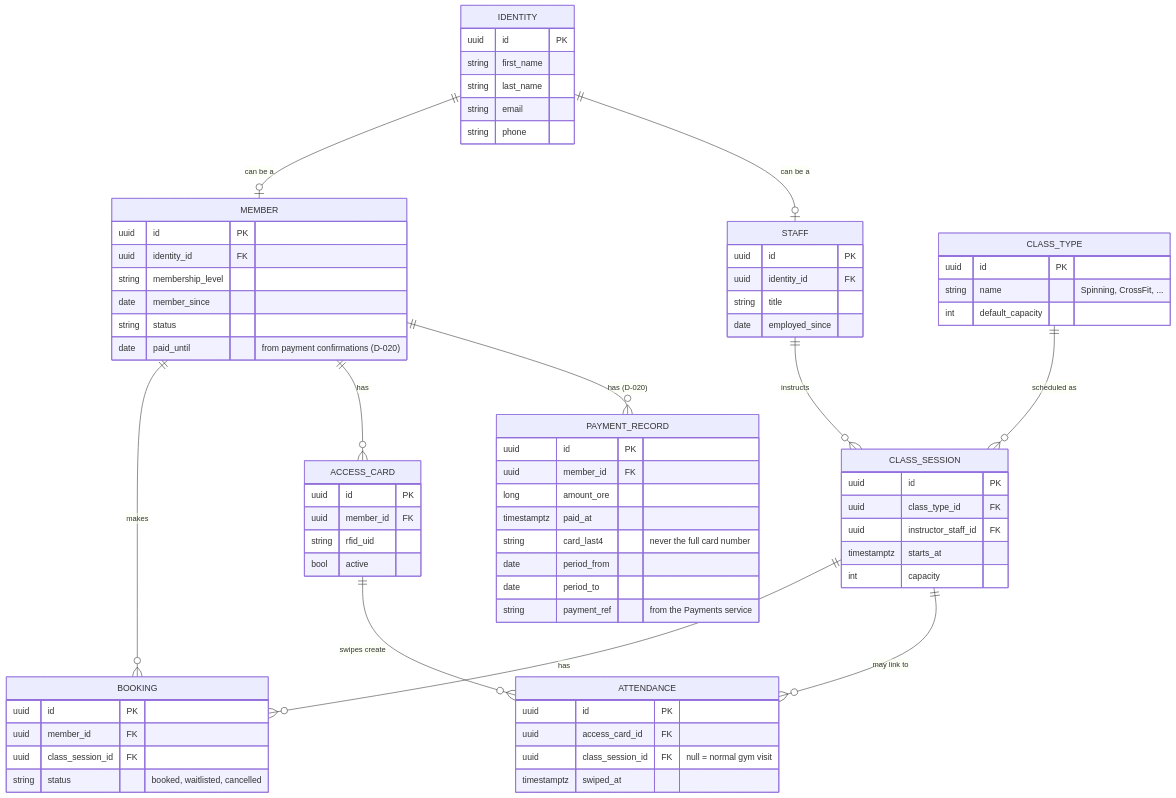
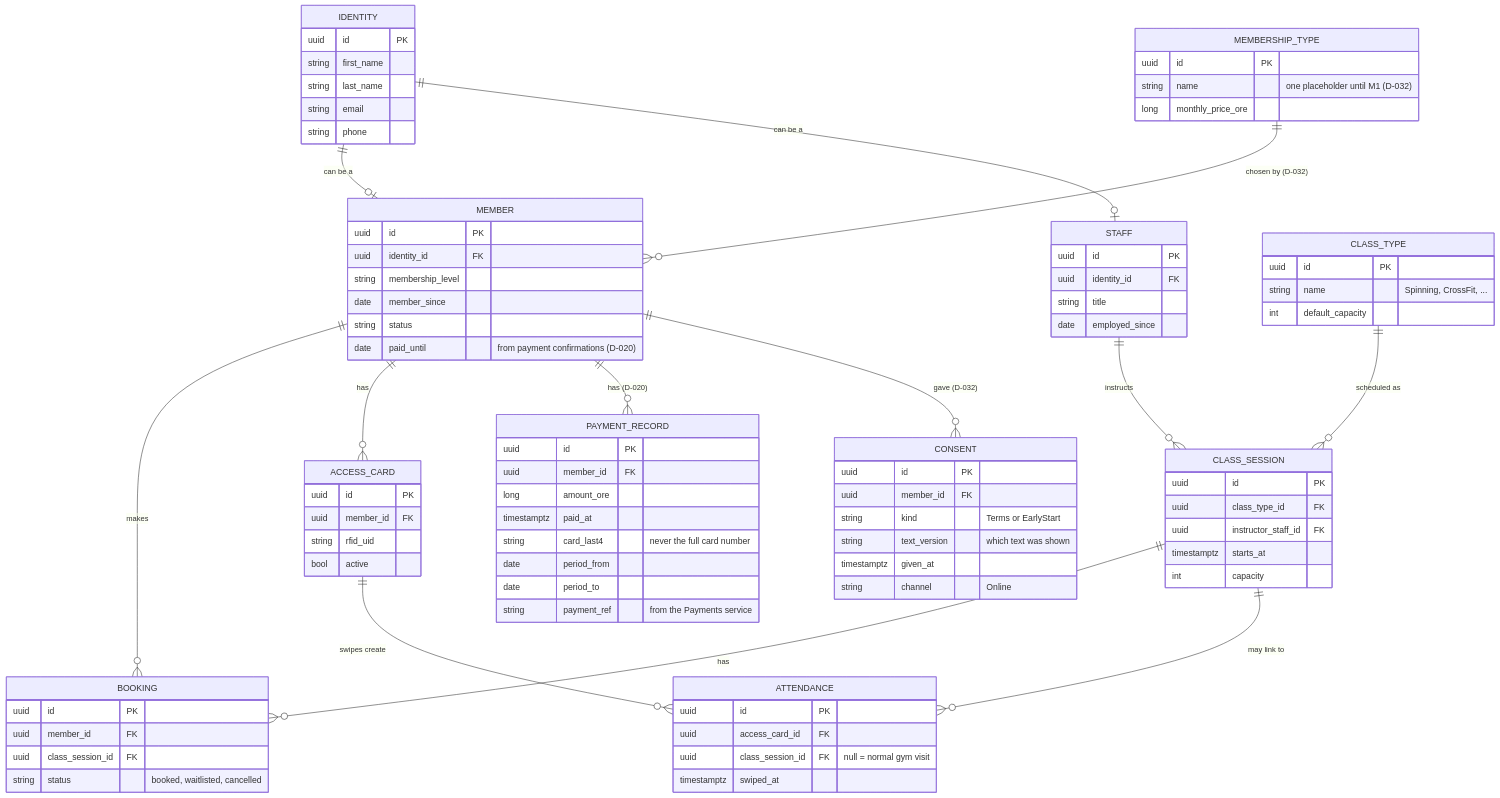
Before and after one commit to Gafion/FitnessCenterSystem: the first of 4 diagrams in docs/data-model.md, drawn with Mermaid. The commit also changed other lines of this file and 44 other files, not shown here.

```diff
--- a/docs/data-model.md
+++ b/docs/data-model.md
@@ -35,6 +35,8 @@
   ACCESS_CARD ||--o{ ATTENDANCE : "swipes create"
   CLASS_SESSION ||--o{ ATTENDANCE : "may link to"
   MEMBER ||--o{ PAYMENT_RECORD : "has (D-020)"
+  MEMBERSHIP_TYPE ||--o{ MEMBER : "chosen by (D-032)"
+  MEMBER ||--o{ CONSENT : "gave (D-032)"
 
   IDENTITY {
     uuid id PK
@@ -50,6 +52,19 @@
     date member_since
     string status
     date paid_until "from payment confirmations (D-020)"
+  }
+  MEMBERSHIP_TYPE {
+    uuid id PK
+    string name "one placeholder until M1 (D-032)"
+    long monthly_price_ore
+  }
+  CONSENT {
+    uuid id PK
+    uuid member_id FK
+    string kind "Terms or EarlyStart"
+    string text_version "which text was shown"
+    timestamptz given_at
+    string channel "Online"
   }
   PAYMENT_RECORD {
     uuid id PK
```
